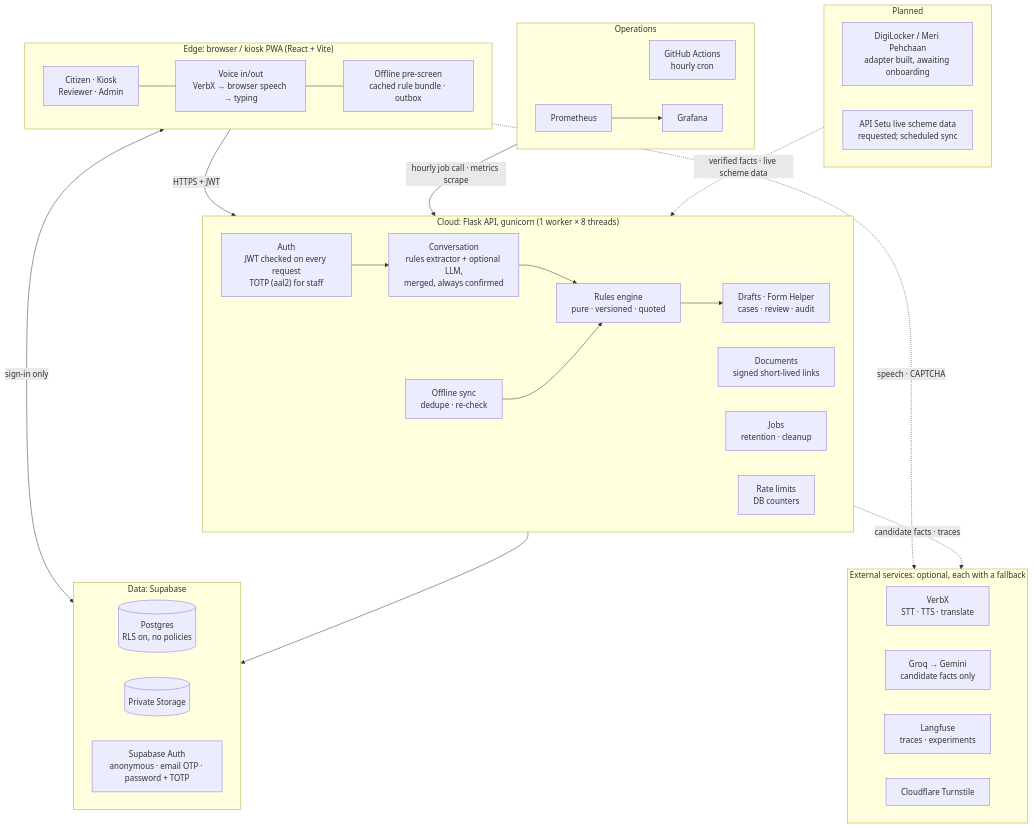
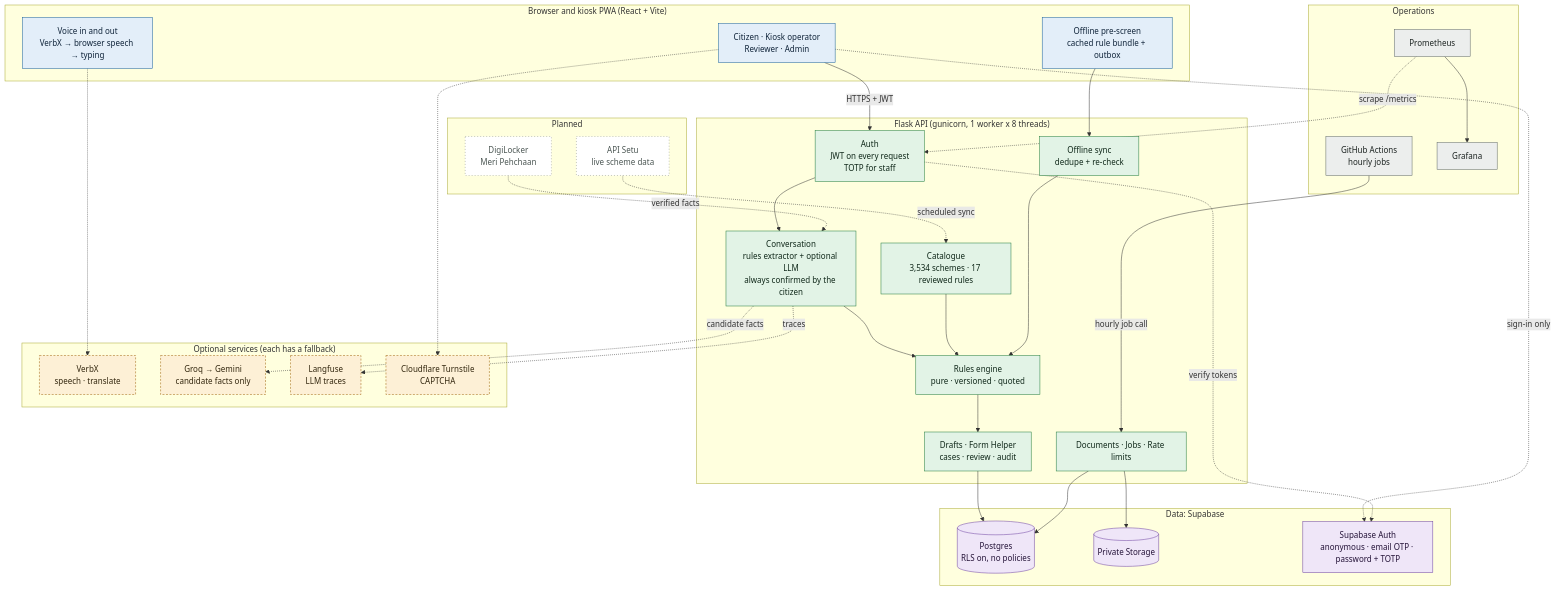
The first of 5 diagrams in README.md (redcode333/anvaya), drawn with Mermaid before and after one commit. The commit also changed other lines of this file and 5 other files, not shown here.

First line of the commit message:
docs: render the high-level design as an image so it displays on GitHub

````diff
--- a/README.md
+++ b/README.md
@@ -133,56 +140,78 @@
 ```mermaid
 flowchart TB
-  subgraph EDGE["Edge: browser / kiosk PWA (React + Vite)"]
-    direction LR
-    UI["Citizen · Kiosk<br/>Reviewer · Admin"]
-    VOICE["Voice in/out<br/>VerbX → browser speech → typing"]
-    OFFLINE["Offline pre-screen<br/>cached rule bundle · outbox"]
-    UI --- VOICE --- OFFLINE
+  subgraph EDGE["Browser and kiosk PWA (React + Vite)"]
+    UI["Citizen · Kiosk operator<br/>Reviewer · Admin"]
+    VOICE["Voice in and out<br/>VerbX → browser speech → typing"]
+    OFFLINE["Offline pre-screen<br/>cached rule bundle + outbox"]
   end
 
-  subgraph CLOUD["Cloud: Flask API, gunicorn (1 worker × 8 threads)"]
-    direction LR
-    AUTH["Auth<br/>JWT checked on every request<br/>TOTP (aal2) for staff"] --> CONV["Conversation<br/>rules extractor + optional LLM,<br/>merged, always confirmed"]
-    CONV --> RULES["Rules engine<br/>pure · versioned · quoted"]
-    RULES --> CASES["Drafts · Form Helper<br/>cases · review · audit"]
-    SYNC["Offline sync<br/>dedupe · re-check"] --> RULES
-    DOCS["Documents<br/>signed short-lived links"]
-    JOBS["Jobs<br/>retention · cleanup"]
-    LIMITS["Rate limits<br/>DB counters"]
+  subgraph API["Flask API (gunicorn, 1 worker x 8 threads)"]
+    AUTH["Auth<br/>JWT on every request<br/>TOTP for staff"]
+    CONV["Conversation<br/>rules extractor + optional LLM<br/>always confirmed by the citizen"]
+    CAT["Catalogue<br/>3,534 schemes · 17 reviewed rules"]
+    RULES["Rules engine<br/>pure · versioned · quoted"]
+    CASES["Drafts · Form Helper<br/>cases · review · audit"]
+    SYNC["Offline sync<br/>dedupe + re-check"]
+    SUP["Documents · Jobs · Rate limits"]
   end
 
   subgraph DATA["Data: Supabase"]
-    direction LR
     PG[("Postgres<br/>RLS on, no policies")]
     STORE[("Private Storage")]
     SBAUTH["Supabase Auth<br/>anonymous · email OTP · password + TOTP"]
   end
 
-  subgraph EXT["External services: optional, each with a fallback"]
-    direction LR
-    VERBX["VerbX<br/>STT · TTS · translate"]
+  subgraph EXT["Optional services (each has a fallback)"]
+    VERBX["VerbX<br/>speech · translate"]
     LLM["Groq → Gemini<br/>candidate facts only"]
-    LF["Langfuse<br/>traces · experiments"]
-    TURN["Cloudflare Turnstile"]
+    LF["Langfuse<br/>LLM traces"]
+    TURN["Cloudflare Turnstile<br/>CAPTCHA"]
   end
 
   subgraph OPS["Operations"]
-    direction LR
-    GHA["GitHub Actions<br/>hourly cron"]
+    GHA["GitHub Actions<br/>hourly jobs"]
     PROM["Prometheus"] --> GRAF["Grafana"]
   end
 
   subgraph SOON["Planned"]
-    direction LR
-    DL["DigiLocker / Meri Pehchaan<br/>adapter built, awaiting onboarding"]
-    SETU["API Setu live scheme data<br/>requested; scheduled sync"]
+    DL["DigiLocker<br/>Meri Pehchaan"]
+    SETU["API Setu<br/>live scheme data"]
   end
 
-  EDGE -->|"HTTPS + JWT"| CLOUD
-  EDGE <-->|"sign-in only"| DATA
-  EDGE -.->|"speech · CAPTCHA"| EXT
-  CLOUD --> DATA
-  CLOUD -.->|"candidate facts · traces"| EXT
-  OPS -->|"hourly job call · metrics scrape"| CLOUD
-  SOON -.->|"verified facts · live scheme data"| CLOUD
+  UI -->|"HTTPS + JWT"| AUTH
+  UI -.->|"sign-in only"| SBAUTH
+  UI -.-> TURN
+  VOICE -.-> VERBX
+  OFFLINE --> SYNC
+
+  AUTH --> CONV
+  CONV --> RULES
+  CAT --> RULES
+  RULES --> CASES
+  SYNC --> RULES
+  CONV -.->|"candidate facts"| LLM
+  CONV -.->|"traces"| LF
+
+  CASES --> PG
+  SUP --> PG
+  SUP --> STORE
+  AUTH -.->|"verify tokens"| SBAUTH
+
+  GHA -->|"hourly job call"| SUP
+  PROM -.->|"scrape /metrics"| AUTH
+  DL -.->|"verified facts"| CONV
+  SETU -.->|"scheduled sync"| CAT
+
+  classDef edge fill:#e3eef9,stroke:#155e9c,color:#10243a
+  classDef api fill:#e2f3e6,stroke:#1f7a3a,color:#10281a
+  classDef data fill:#efe6f8,stroke:#6b3fa0,color:#241338
+  classDef ext fill:#fdf0d6,stroke:#9a5b00,color:#33270f,stroke-dasharray: 4 3
+  classDef ops fill:#eceeed,stroke:#5f6966,color:#1d2422
+  classDef soon fill:#ffffff,stroke:#8a8f8d,color:#4b5653,stroke-dasharray: 2 4
+  class UI,VOICE,OFFLINE edge
+  class AUTH,CONV,CAT,RULES,CASES,SYNC,SUP api
+  class PG,STORE,SBAUTH data
+  class VERBX,LLM,LF,TURN ext
+  class GHA,PROM,GRAF ops
+  class DL,SETU soon
 ```
````
